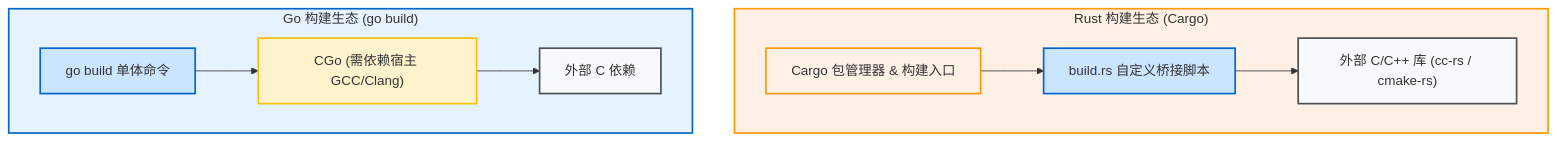
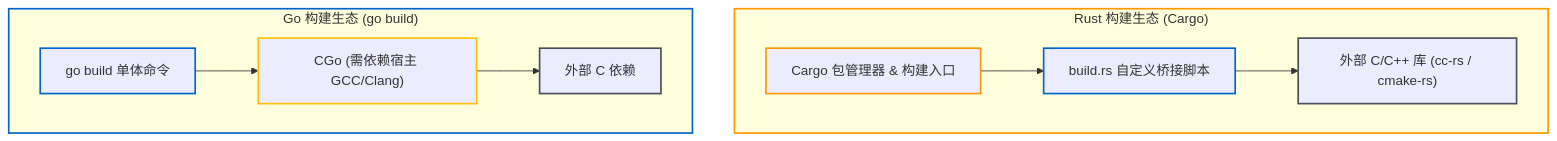
One commit to jiacai2050/x changed the second of 2 diagrams in zig-build/src/philosophy/history-and-pain-points.md. Above: the diagram before and after it, drawn with Mermaid. The commit also changed other lines of this file and 65 other files, not shown here.

````diff
--- a/zig-build/src/philosophy/history-and-pain-points.md
+++ b/zig-build/src/philosophy/history-and-pain-points.md
@@ -60,28 +60,28 @@
 ```mermaid
 graph TD
     subgraph S_Rust ["Rust 构建生态 (Cargo)"]
         R_Cargo["Cargo 包管理器 & 构建入口"]
         R_Script["build.rs 自定义桥接脚本"]
         R_Ext["外部 C/C++ 库 (cc-rs / cmake-rs)"]
         R_Cargo --> R_Script
         R_Script --> R_Ext
     end
 
     subgraph S_Go ["Go 构建生态 (go build)"]
         G_Go["go build 单体命令"]
         G_Cgo["CGo (需依赖宿主 GCC/Clang)"]
         G_Ext["外部 C 依赖"]
         G_Go --> G_Cgo
         G_Cgo --> G_Ext
     end
 
-    classDef default fill:#f8f9fa,stroke:#495057;
-    style S_Rust fill:#fff0e6,stroke:#ff9900,stroke-width:2px;
-    style S_Go fill:#e6f3ff,stroke:#0066cc,stroke-width:2px;
-    style R_Cargo fill:#fff0e6,stroke:#ff9900,stroke-width:2px;
-    style R_Script fill:#cce5ff,stroke:#0066cc,stroke-width:2px;
-    style R_Ext fill:#f8f9fa,stroke:#495057,stroke-width:2px;
-    style G_Go fill:#cce5ff,stroke:#0066cc,stroke-width:2px;
-    style G_Cgo fill:#fff3cd,stroke:#ffc107,stroke-width:2px;
-    style G_Ext fill:#f8f9fa,stroke:#495057,stroke-width:2px;
+    classDef default stroke:#495057;
+    style S_Rust stroke:#ff9900,stroke-width:2px;
+    style S_Go stroke:#0066cc,stroke-width:2px;
+    style R_Cargo stroke:#ff9900,stroke-width:2px;
+    style R_Script stroke:#0066cc,stroke-width:2px;
+    style R_Ext stroke:#495057,stroke-width:2px;
+    style G_Go stroke:#0066cc,stroke-width:2px;
+    style G_Cgo stroke:#ffc107,stroke-width:2px;
+    style G_Ext stroke:#495057,stroke-width:2px;
 ```
````
